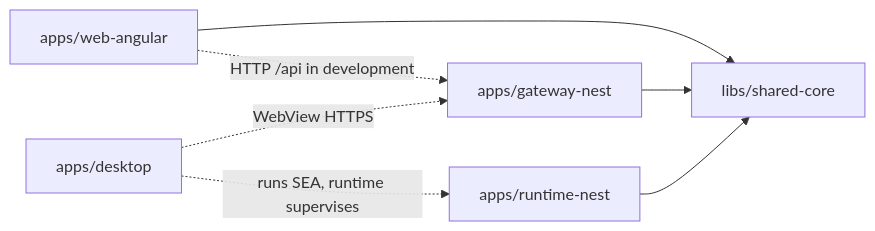
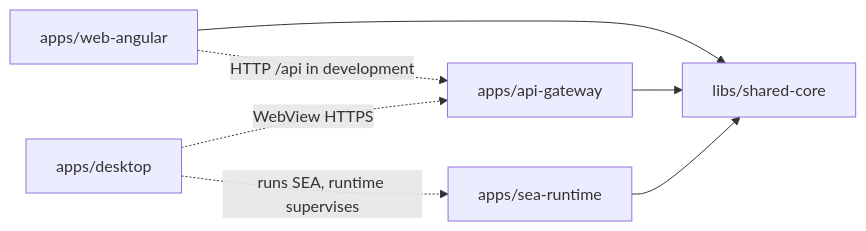
Before and after one commit to virgenherrera/lan-solution-template: the diagram in docs/requirements/03-file-structure.md, drawn with Mermaid. The commit also changed other lines of this file and 59 other files, not shown here.

Commit message:
feat: POC-1 monorepo, Nest apps and one SEA sidecar (1a to 1c) (#4)

````diff
--- a/docs/requirements/03-file-structure.md
+++ b/docs/requirements/03-file-structure.md
@@ -77,11 +84,11 @@
 ```mermaid
 flowchart LR
     SC["libs/shared-core"]
     WEB["apps/web-angular"] --> SC
-    API["apps/gateway-nest"] --> SC
-    RT["apps/runtime-nest"] --> SC
+    API["apps/api-gateway"] --> SC
+    RT["apps/sea-runtime"] --> SC
     DESK["apps/desktop"]
     WEB -.->|"HTTP /api in development"| API
     DESK -.->|"runs SEA, runtime supervises"| RT
     DESK -.->|"WebView HTTPS"| API
 ```
````
